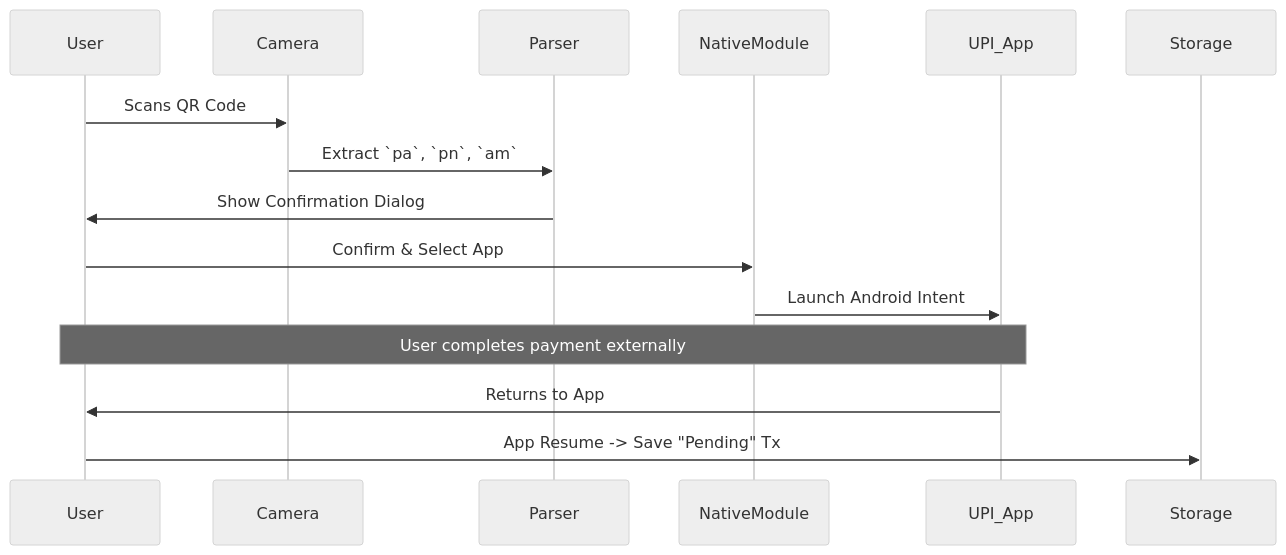
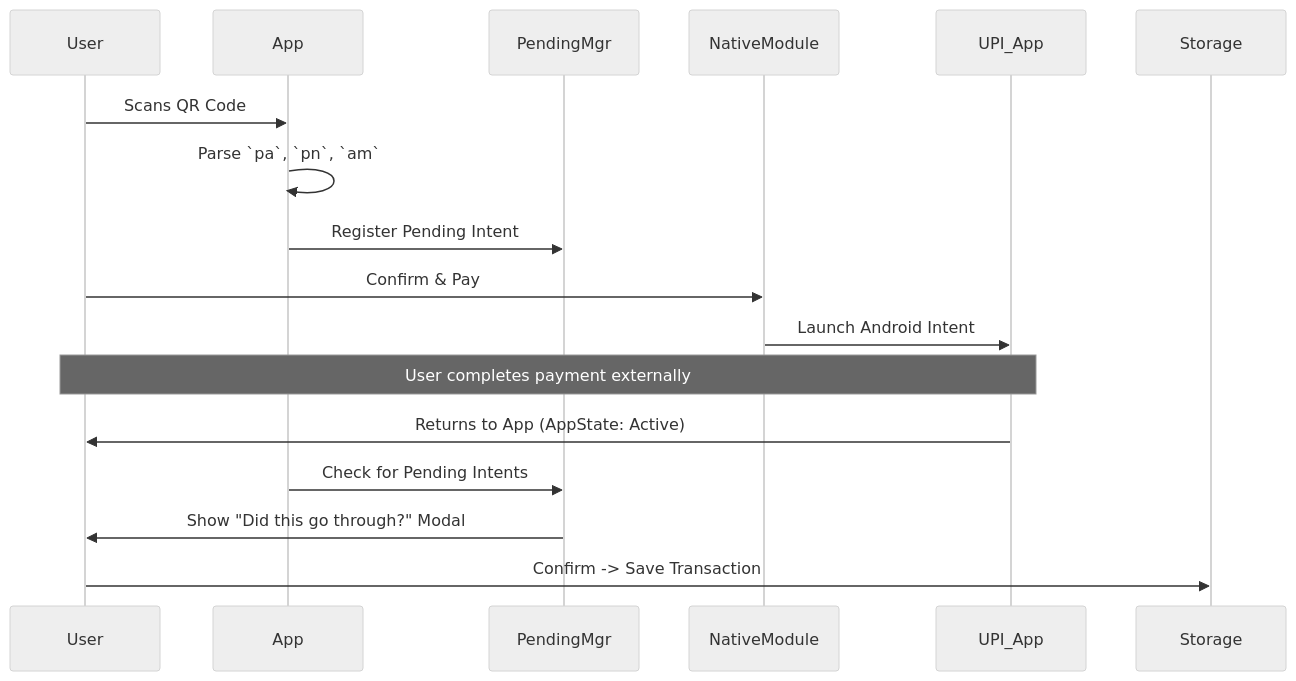
One commit to Ujjwaljain16/SpentSmart changed the second of 3 diagrams in docs/ARCHITECTURE.md. Above: the diagram before and after it, drawn with Mermaid (neutral theme). The commit also changed other lines of this file and 2 other files, not shown here.

Commit message:
docs: update architecture, flows and analysis for v2.0

````diff
--- a/docs/ARCHITECTURE.md
+++ b/docs/ARCHITECTURE.md
@@ -152,18 +157,20 @@
 ```mermaid
 sequenceDiagram
     participant User
-    participant Camera
-    participant Parser
+    participant App
+    participant PendingMgr
     participant NativeModule
     participant UPI_App
     participant Storage
 
-    User->>Camera: Scans QR Code
-    Camera->>Parser: Extract `pa`, `pn`, `am`
-    Parser->>User: Show Confirmation Dialog
-    User->>NativeModule: Confirm & Select App
+    User->>App: Scans QR Code
+    App->>App: Parse `pa`, `pn`, `am`
+    App->>PendingMgr: Register Pending Intent
+    User->>NativeModule: Confirm & Pay
     NativeModule->>UPI_App: Launch Android Intent
     Note over User, UPI_App: User completes payment externally
-    UPI_App->>User: Returns to App
-    User->>Storage: App Resume -> Save "Pending" Tx
+    UPI_App->>User: Returns to App (AppState: Active)
+    App->>PendingMgr: Check for Pending Intents
+    PendingMgr->>User: Show "Did this go through?" Modal
+    User->>Storage: Confirm -> Save Transaction
 ```
````
